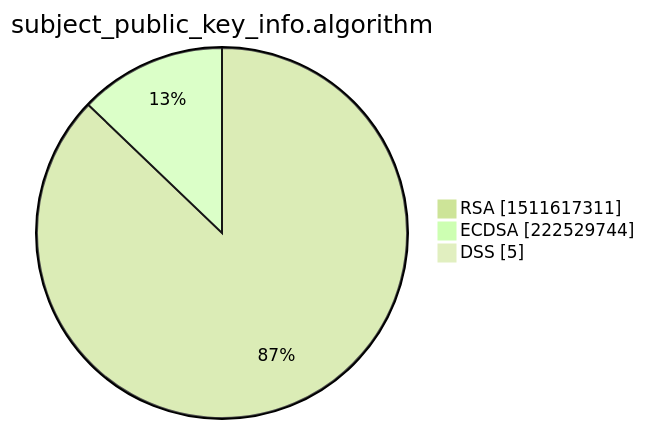
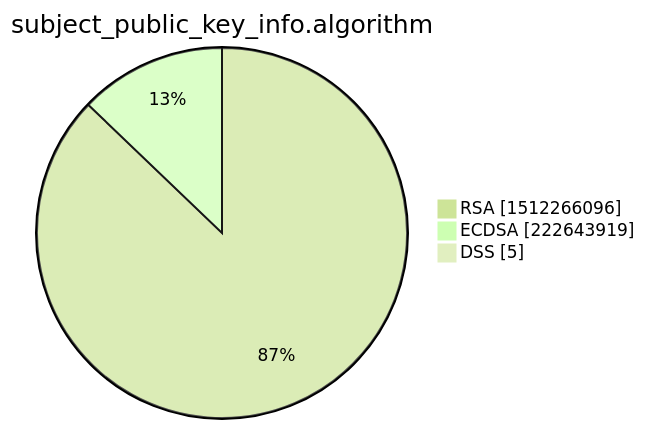
The third of 15 diagrams in xenon2022/README.md (christiankrug/ctmonitor_visualization), drawn with Mermaid (forest theme) before and after one commit. The commit also changed other lines of this file, not shown here.

````diff
--- a/xenon2022/README.md
+++ b/xenon2022/README.md
@@ -14,7 +14,7 @@
 ```mermaid
 pie showData
 title subject_public_key_info.algorithm
-"RSA" :1511617311
-"ECDSA" :222529744
+"RSA" :1512266096
+"ECDSA" :222643919
 "DSS" :5
 ```
````
